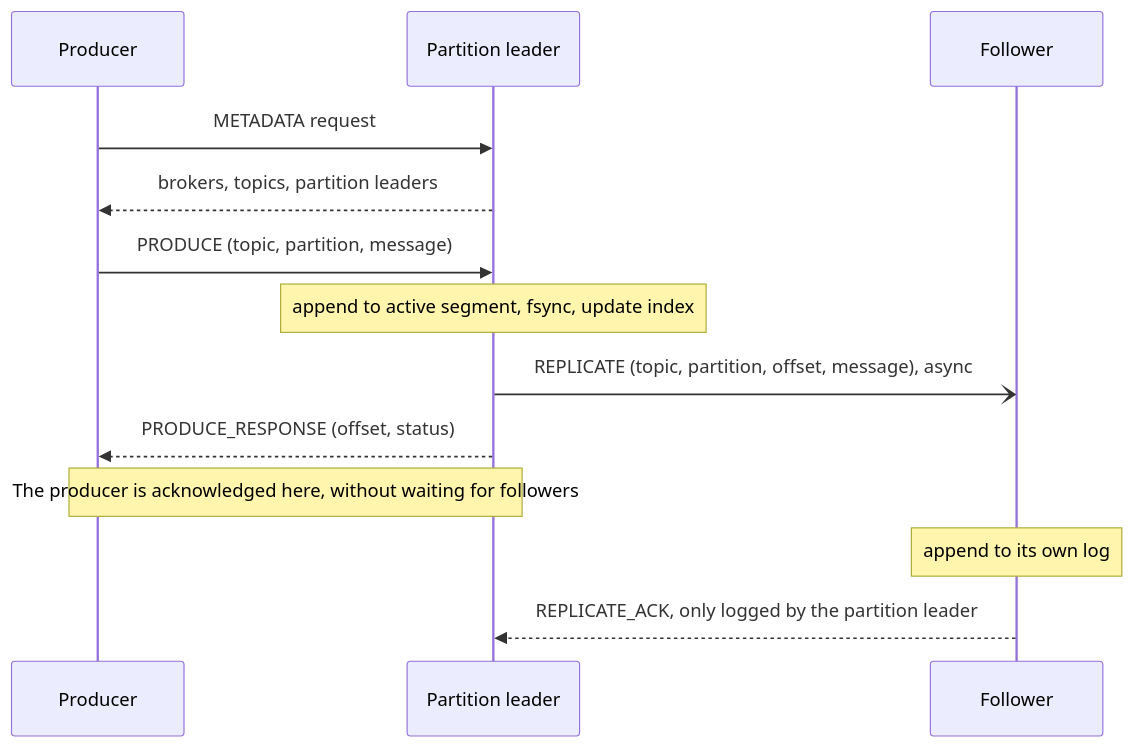
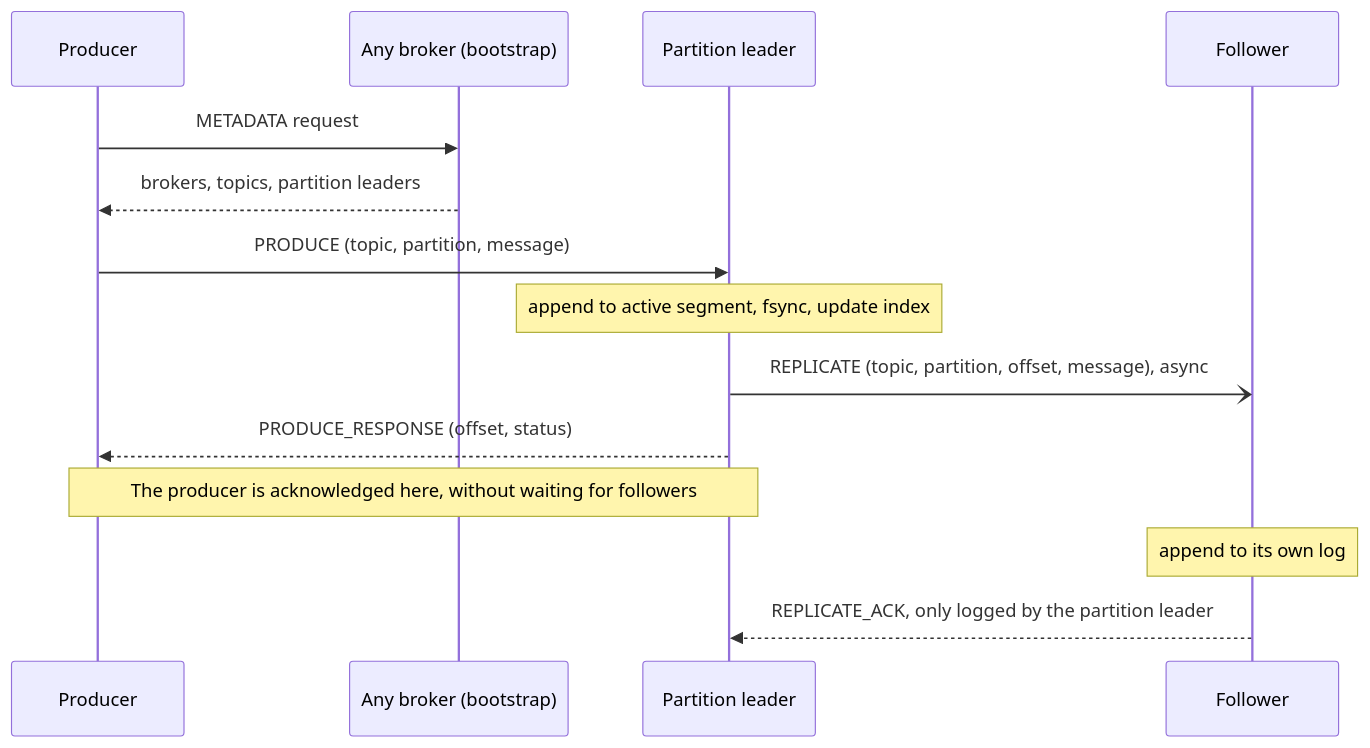
Before and after one commit to kratikbhadoriya/SimpleKafka: the second of 2 diagrams in README.md, drawn with Mermaid. The commit also changed other lines of this file and 3 other files, not shown here.

First line of the commit message:
Address second review: diagram, docs accuracy, Docker-free ZooKeeper

````diff
--- a/README.md
+++ b/README.md
@@ -95,16 +95,17 @@
 ```mermaid
 sequenceDiagram
     participant P as Producer
+    participant B as Any broker (bootstrap)
     participant L as Partition leader
     participant F as Follower
 
-    P->>L: METADATA request
-    L-->>P: brokers, topics, partition leaders
+    P->>B: METADATA request
+    B-->>P: brokers, topics, partition leaders
     P->>L: PRODUCE (topic, partition, message)
     Note over L: append to active segment, fsync, update index
     L-)F: REPLICATE (topic, partition, offset, message), async
     L-->>P: PRODUCE_RESPONSE (offset, status)
     Note over L,P: The producer is acknowledged here, without waiting for followers
     Note over F: append to its own log
     F-->>L: REPLICATE_ACK, only logged by the partition leader
 ```
````
